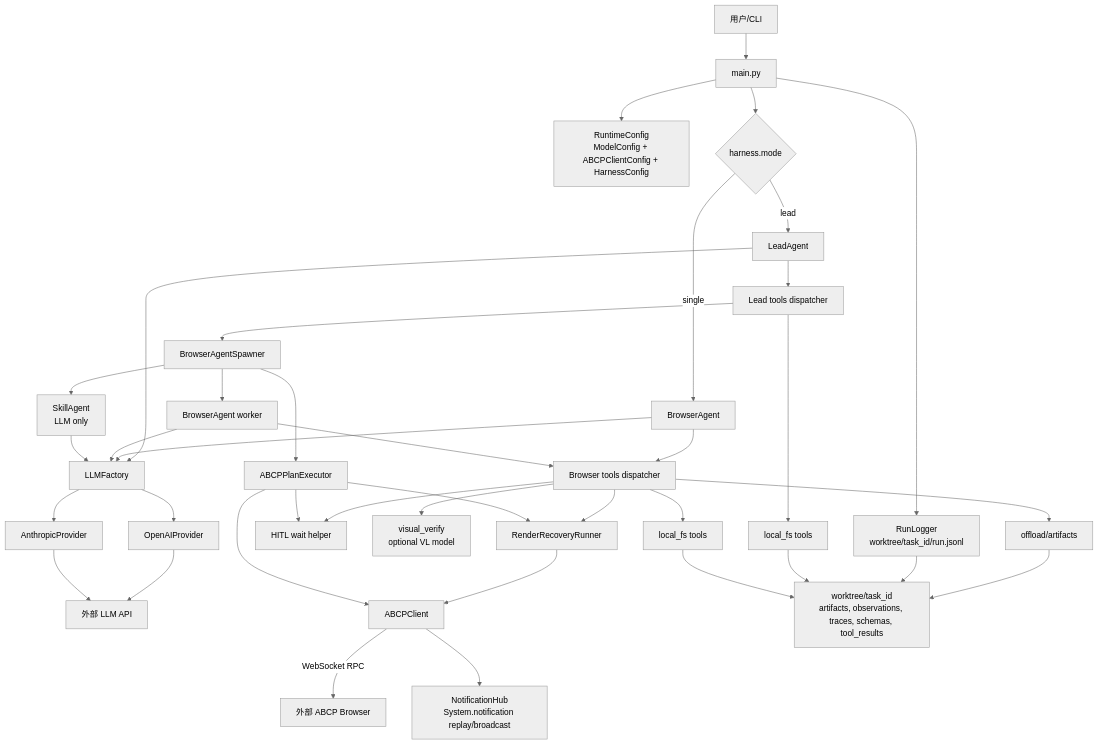
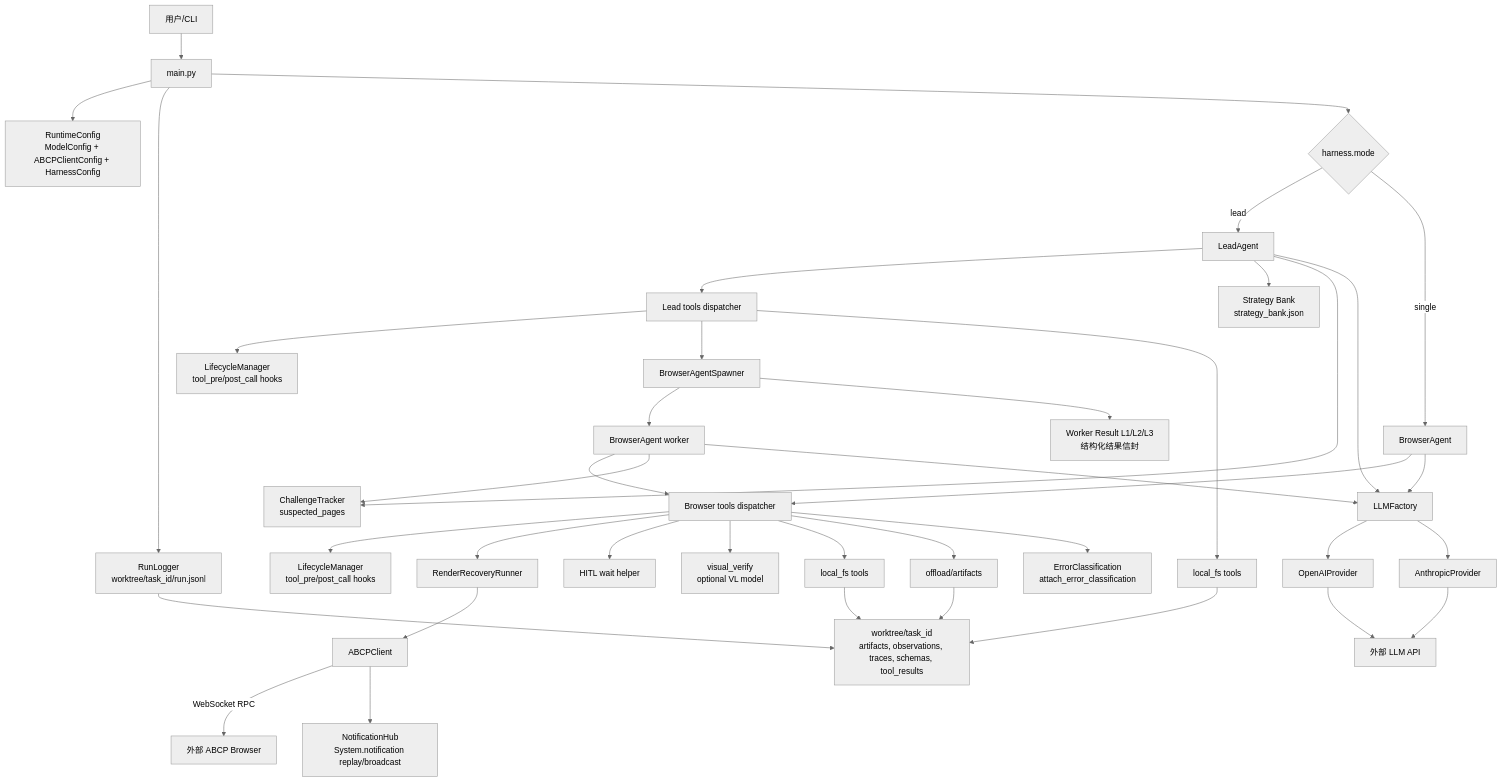
The first of 8 diagrams in docs/browser_agent_harness_architecture.md (VersaceP/browser_agent), drawn with Mermaid (neutral theme) before and after one commit. The commit also changed other lines of this file and 134 other files, not shown here.

First line of the commit message:
feat(harness): harden browser task recovery and extraction flow

````diff
--- a/docs/browser_agent_harness_architecture.md
+++ b/docs/browser_agent_harness_architecture.md
@@ -31,47 +32,48 @@
 ```mermaid
 flowchart TB
     User[用户/CLI] --> Main[main.py]
     Main --> Runtime[RuntimeConfig<br/>ModelConfig + ABCPClientConfig + HarnessConfig]
     Main --> Logger[RunLogger<br/>worktree/task_id/run.jsonl]
     Main --> Mode{harness.mode}
 
     Mode -->|lead| Lead[LeadAgent]
     Mode -->|single| WorkerSingle[BrowserAgent]
 
     Lead --> LeadTools[Lead tools dispatcher]
+    LeadTools --> LifecycleLead[LifecycleManager<br/>tool_pre/post_call hooks]
     LeadTools --> Spawner[BrowserAgentSpawner]
     LeadTools --> LocalFSLead[local_fs tools]
     Spawner --> WorkerSpawned[BrowserAgent worker]
-    Spawner --> Skill[SkillAgent<br/>LLM only]
-    Spawner --> PlanExec[ABCPPlanExecutor]
+    Spawner --> WorkerResult[Worker Result L1/L2/L3<br/>结构化结果信封]
 
     WorkerSingle --> BrowserTools[Browser tools dispatcher]
     WorkerSpawned --> BrowserTools
+    BrowserTools --> LifecycleBrowser[LifecycleManager<br/>tool_pre/post_call hooks]
     BrowserTools --> RenderRecovery[RenderRecoveryRunner]
     BrowserTools --> HITL[HITL wait helper]
     BrowserTools --> VL[visual_verify<br/>optional VL model]
     BrowserTools --> LocalFSWorker[local_fs tools]
     BrowserTools --> Offload[offload/artifacts]
+    BrowserTools --> ErrClass[ErrorClassification<br/>attach_error_classification]
 
-    PlanExec --> RenderRecovery
-    PlanExec --> HITL
+    Lead --> StrategyBank[Strategy Bank<br/>strategy_bank.json]
+    Lead --> ChallengeTracker[ChallengeTracker<br/>suspected_pages]
+    WorkerSpawned --> ChallengeTracker
 
     Lead --> LLMFactory[LLMFactory]
     WorkerSingle --> LLMFactory
     WorkerSpawned --> LLMFactory
-    Skill --> LLMFactory
     LLMFactory --> OpenAI[OpenAIProvider]
     LLMFactory --> Anthropic[AnthropicProvider]
     OpenAI --> ExternalLLM[外部 LLM API]
     Anthropic --> ExternalLLM
 
     RenderRecovery --> ABCPClient[ABCPClient]
-    PlanExec --> ABCPClient
     ABCPClient -->|WebSocket RPC| ABCPBrowser[外部 ABCP Browser]
     ABCPClient --> NotificationHub[NotificationHub<br/>System.notification replay/broadcast]
 
     Offload --> Worktree[worktree/task_id<br/>artifacts, observations, traces, schemas, tool_results]
     Logger --> Worktree
     LocalFSLead --> Worktree
     LocalFSWorker --> Worktree
 ```
````
